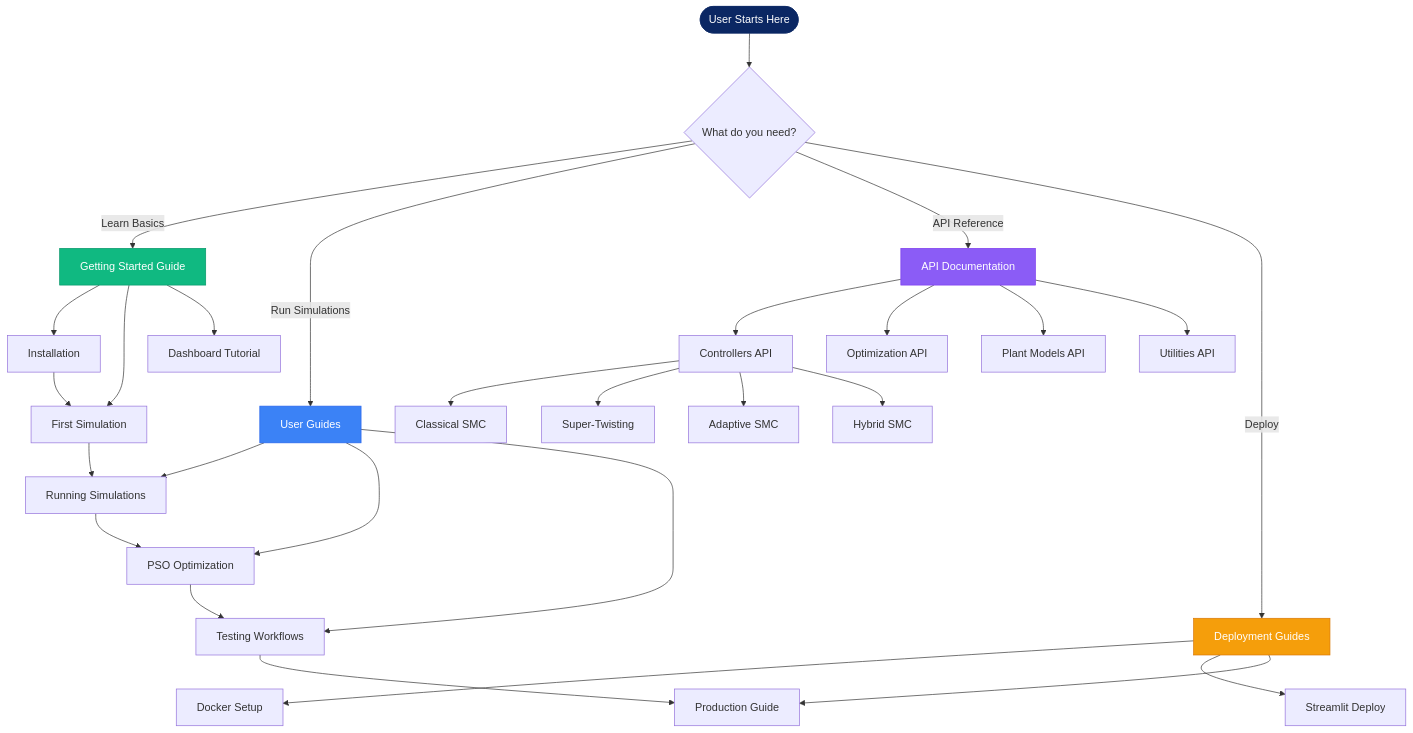
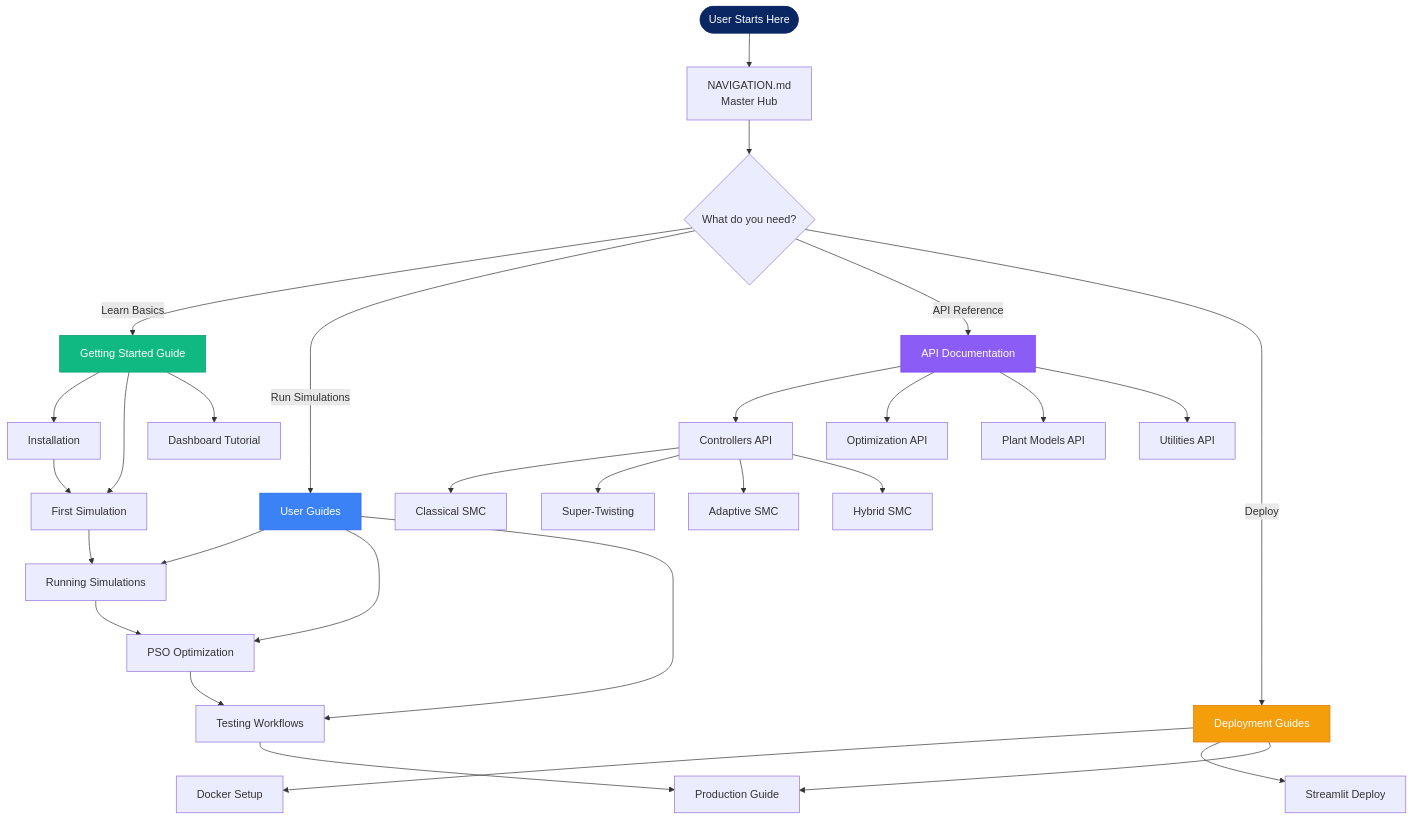
The second of 4 diagrams in docs/sitemap_visual.md (theSadeQ/dip-smc-pso), drawn with Mermaid before and after one commit. The commit also changed other lines of this file and 8 other files, not shown here.

````diff
--- a/docs/sitemap_visual.md
+++ b/docs/sitemap_visual.md
@@ -62,43 +69,44 @@
 ```{mermaid}
 flowchart TB
-    Start([User Starts Here]) --> Choice{What do you need?}
+    Start([User Starts Here]) --> Navigation[NAVIGATION.md<br/>Master Hub]
+    Navigation --> Choice{What do you need?}
 
     Choice -->|Learn Basics| GettingStarted[Getting Started Guide]
     Choice -->|Run Simulations| Simulations[User Guides]
     Choice -->|API Reference| API[API Documentation]
     Choice -->|Deploy| Deploy[Deployment Guides]
 
     GettingStarted --> Install[Installation]
     GettingStarted --> FirstSim[First Simulation]
     GettingStarted --> Dashboard[Dashboard Tutorial]
 
     Simulations --> RunSim[Running Simulations]
     Simulations --> PSO[PSO Optimization]
     Simulations --> Testing[Testing Workflows]
 
     API --> Controllers[Controllers API]
     API --> Optimization[Optimization API]
     API --> Plant[Plant Models API]
     API --> Utils[Utilities API]
 
     Controllers --> ClassicalSMC[Classical SMC]
     Controllers --> STASMC[Super-Twisting]
     Controllers --> AdaptiveSMC[Adaptive SMC]
     Controllers --> HybridSMC[Hybrid SMC]
 
     Deploy --> Docker[Docker Setup]
     Deploy --> Streamlit[Streamlit Deploy]
     Deploy --> Production[Production Guide]
 
     Install --> FirstSim
     FirstSim --> RunSim
     RunSim --> PSO
     PSO --> Testing
     Testing --> Production
 
     style Start fill:#0b2763,stroke:#0b2763,color:#fff
     style GettingStarted fill:#10b981,stroke:#059669,color:#fff
     style Simulations fill:#3b82f6,stroke:#2563eb,color:#fff
     style API fill:#8b5cf6,stroke:#7c3aed,color:#fff
     style Deploy fill:#f59e0b,stroke:#d97706,color:#fff
 ```
````
